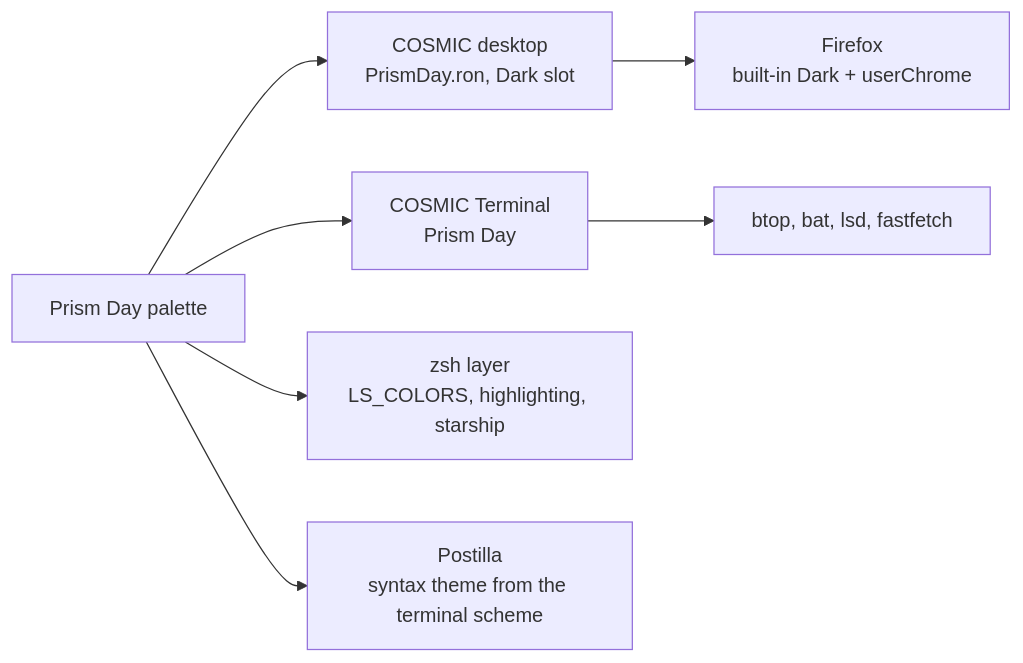
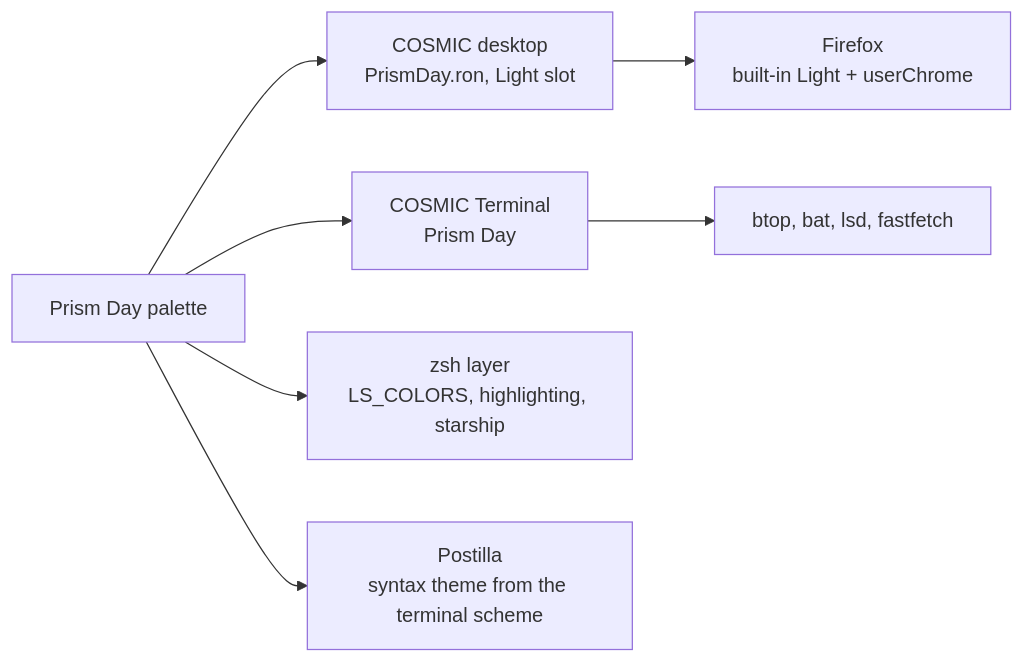
Before and after one commit to atraxsrc/cosmic-prismday-theme: the diagram in docs/showcase.md, drawn with Mermaid. The commit also changed 35 other files, not shown here.

Commit message:
light half: Light slot wording, syntax_theme_light, Dark cursor in the text colour, swatch URLs

````diff
--- a/docs/showcase.md
+++ b/docs/showcase.md
@@ -29,9 +29,9 @@
 ```mermaid
 flowchart LR
-    P[Prism Day palette] --> D[COSMIC desktop<br/>PrismDay.ron, Dark slot]
+    P[Prism Day palette] --> D[COSMIC desktop<br/>PrismDay.ron, Light slot]
     P --> T[COSMIC Terminal<br/>Prism Day]
     P --> S[zsh layer<br/>LS_COLORS, highlighting, starship]
     P --> E[Postilla<br/>syntax theme from the terminal scheme]
     T --> B[btop, bat, lsd, fastfetch]
-    D --> F[Firefox<br/>built-in Dark + userChrome]
+    D --> F[Firefox<br/>built-in Light + userChrome]
 ```
````
